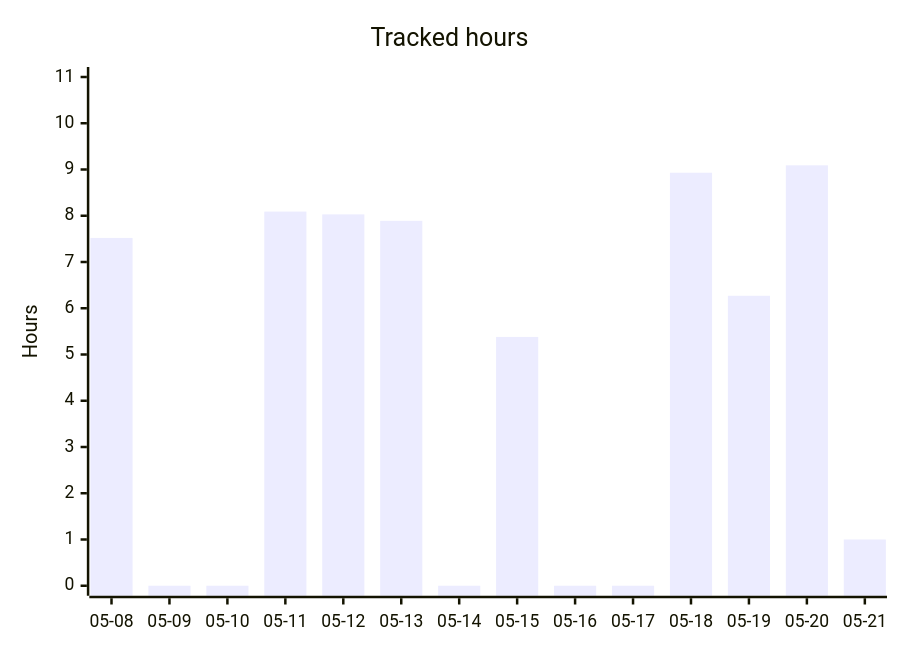
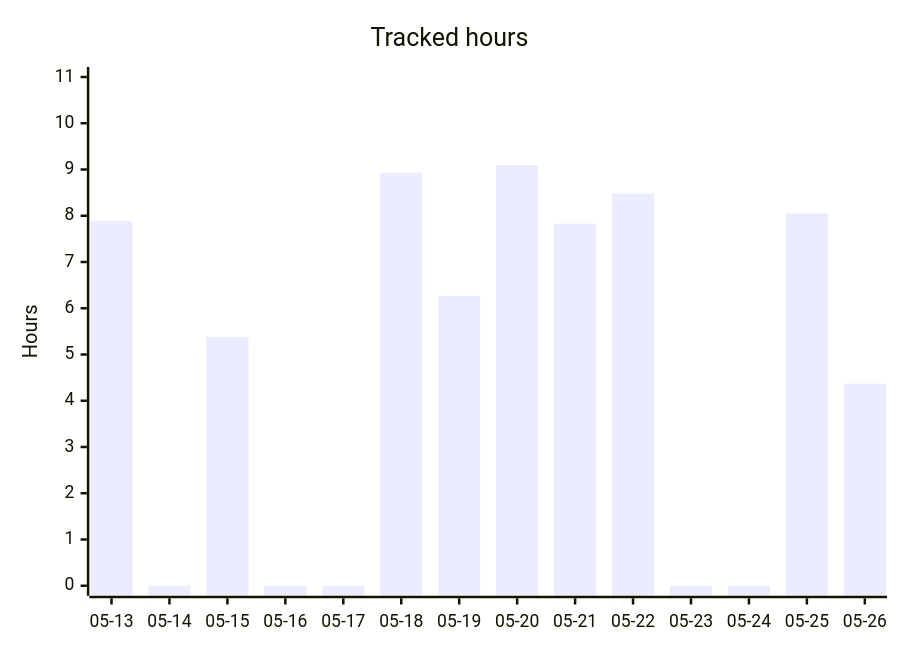
One commit to albinforsberg-netizen/timeclock changed the second of 5 diagrams in README.org. Above: the diagram before and after it, drawn with Mermaid. The commit also changed other lines of this file, not shown here.

```diff
--- a/README.org
+++ b/README.org
@@ -90,7 +90,7 @@
 #+begin_src mermaid
 xychart-beta
     title "Tracked hours"
-    x-axis ["05-08", "05-09", "05-10", "05-11", "05-12", "05-13", "05-14", "05-15", "05-16", "05-17", "05-18", "05-19", "05-20", "05-21"]
+    x-axis ["05-13", "05-14", "05-15", "05-16", "05-17", "05-18", "05-19", "05-20", "05-21", "05-22", "05-23", "05-24", "05-25", "05-26"]
     y-axis "Hours" 0 --> 11
-    bar [7.52, 0.00, 0.00, 8.09, 8.03, 7.89, 0.00, 5.38, 0.00, 0.00, 8.93, 6.27, 9.09, 1.00]
+    bar [7.89, 0.00, 5.38, 0.00, 0.00, 8.93, 6.27, 9.09, 7.83, 8.48, 0.00, 0.00, 8.05, 4.37]
 #+end_src
```
